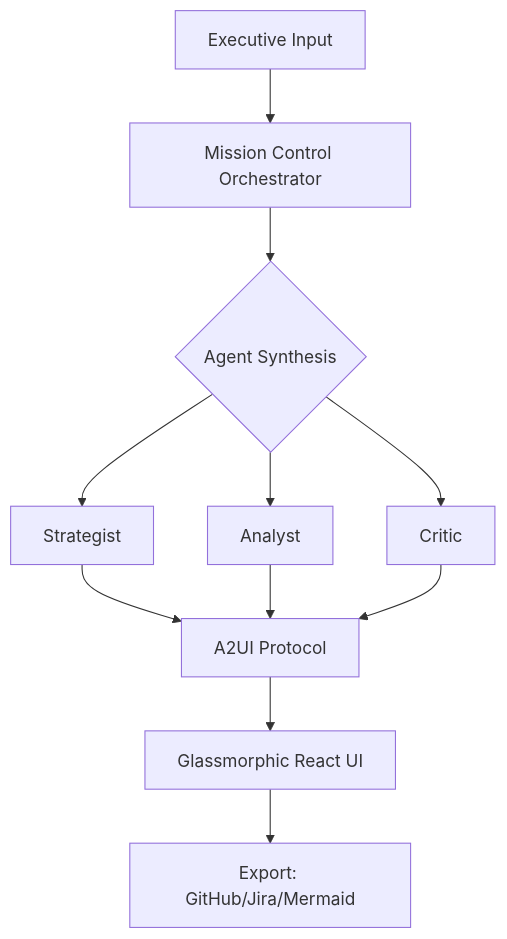
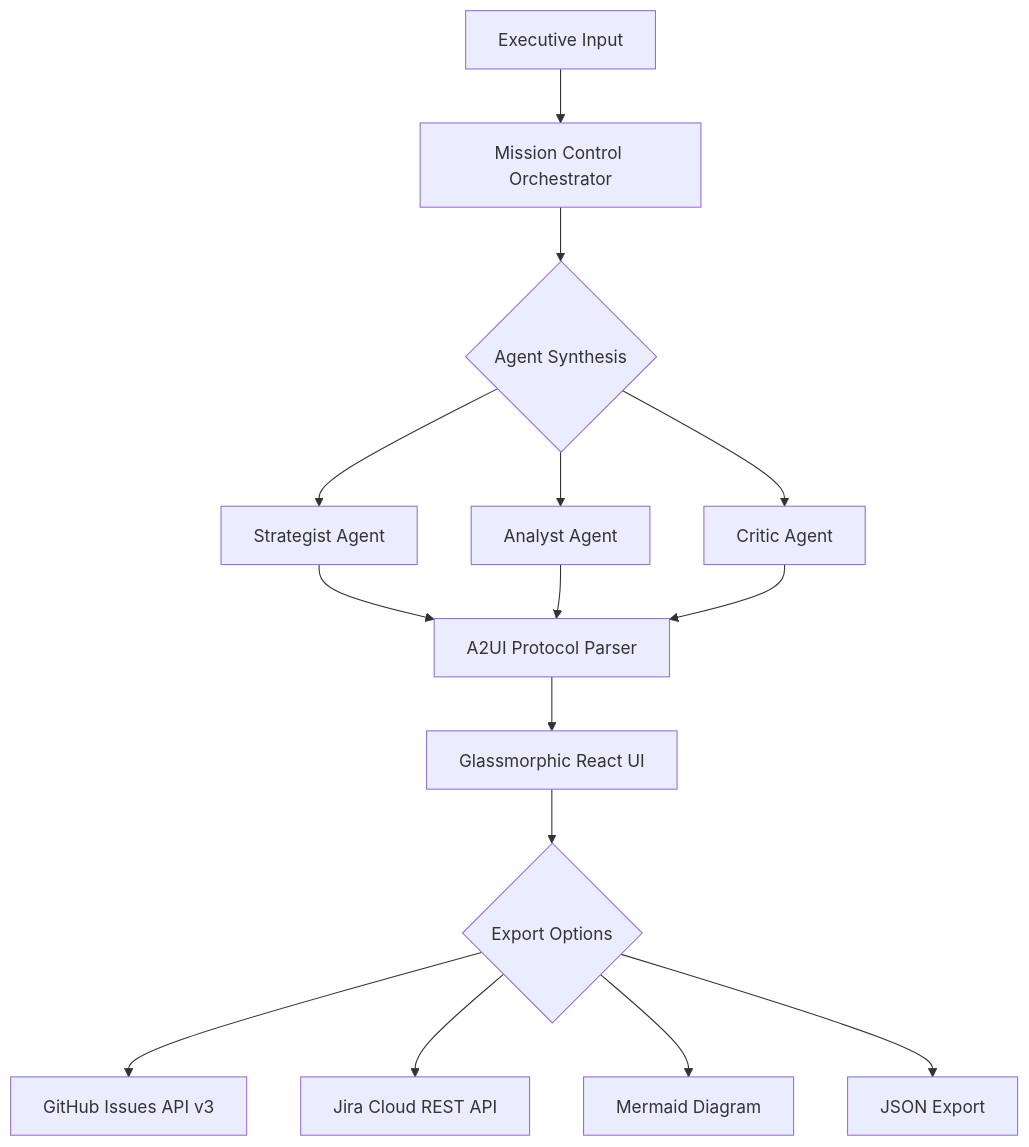
Before and after one commit to darshil0/atlas-strategic-agent: the diagram in README.md, drawn with Mermaid. The commit also changed other lines of this file, not shown here.

````diff
--- a/README.md
+++ b/README.md
@@ -97,11 +222,15 @@
 ```mermaid
 graph TD
     A[Executive Input] --> B[Mission Control Orchestrator]
     B --> C{Agent Synthesis}
-    C --> C1[Strategist]
-    C --> C2[Analyst]
-    C --> C3[Critic]
-    C1 & C2 & C3 --> D[A2UI Protocol]
+    C --> C1[Strategist Agent]
+    C --> C2[Analyst Agent]
+    C --> C3[Critic Agent]
+    C1 & C2 & C3 --> D[A2UI Protocol Parser]
     D --> E[Glassmorphic React UI]
-    E --> F[Export: GitHub/Jira/Mermaid]
+    E --> F{Export Options}
+    F --> F1[GitHub Issues API v3]
+    F --> F2[Jira Cloud REST API]
+    F --> F3[Mermaid Diagram]
+    F --> F4[JSON Export]
 ```
````
